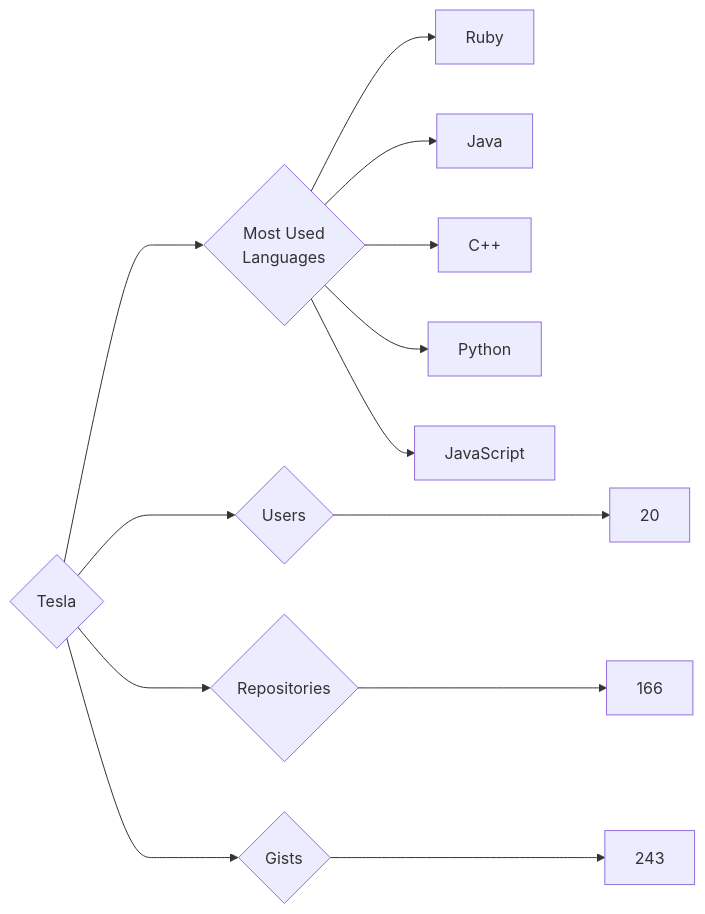
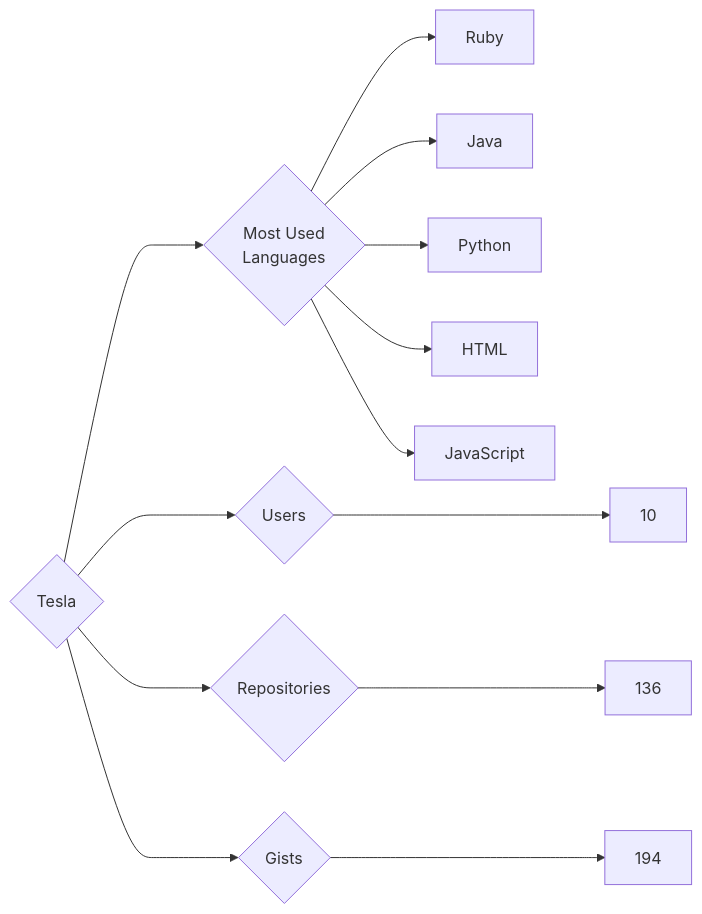
The diagram in targets/Tesla/README.md (trickest/insiders), drawn with Mermaid before and after one commit. The commit also changed 976 other files, not shown here.

````diff
--- a/targets/Tesla/README.md
+++ b/targets/Tesla/README.md
@@ -3,13 +3,13 @@
 ```mermaid
 graph LR
 COMPANY_NAME{Tesla}
-COMPANY_NAME ---> U{Users} ---> UN[20]
-COMPANY_NAME ---> R{Repositories} ---> RN[166]
-COMPANY_NAME ---> G{Gists} ---> GN[243]
+COMPANY_NAME ---> U{Users} ---> UN[10]
+COMPANY_NAME ---> R{Repositories} ---> RN[136]
+COMPANY_NAME ---> G{Gists} ---> GN[194]
 COMPANY_NAME ---> ML{Most Used<br>Languages}
 ML --> Ruby[Ruby]
 ML --> Java[Java]
-ML --> C++[C++]
 ML --> Python[Python]
+ML --> HTML[HTML]
 ML --> JavaScript[JavaScript]
 ```
````
